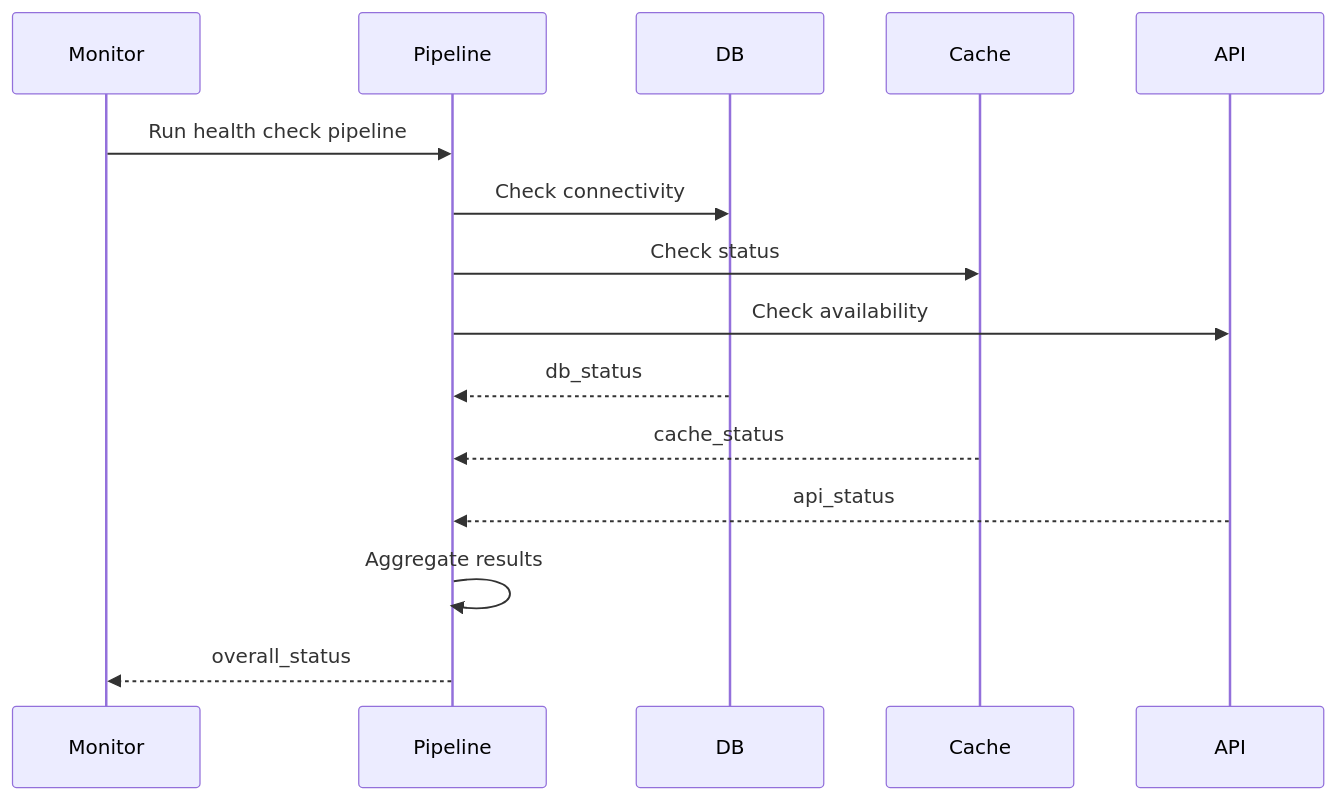
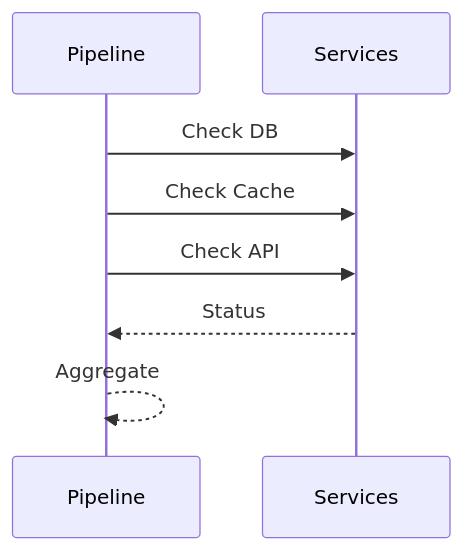
The second of 5 diagrams in examples/api_pipeline/14_health_checks/README.md (wisrovi/wpipe), drawn with Mermaid before and after one commit. The commit also changed other lines of this file and 20 other files, not shown here.

First line of the commit message:
Simplify Mermaid diagrams for better rendering

````diff
--- a/examples/api_pipeline/14_health_checks/README.md
+++ b/examples/api_pipeline/14_health_checks/README.md
@@ -25,18 +22,11 @@
 ```mermaid
 sequenceDiagram
-    participant Monitor
-    participant Pipeline
-    participant DB
-    participant Cache
-    participant API
+    participant P as Pipeline
+    participant S as Services
     
-    Monitor->>Pipeline: Run health check pipeline
-    Pipeline->>DB: Check connectivity
-    Pipeline->>Cache: Check status
-    Pipeline->>API: Check availability
-    DB-->>Pipeline: db_status
-    Cache-->>Pipeline: cache_status
-    API-->>Pipeline: api_status
-    Pipeline->>Pipeline: Aggregate results
-    Pipeline-->>Monitor: overall_status
+    P->>S: Check DB
+    P->>S: Check Cache
+    P->>S: Check API
+    S-->>P: Status
+    P-->>P: Aggregate
 ```
````
